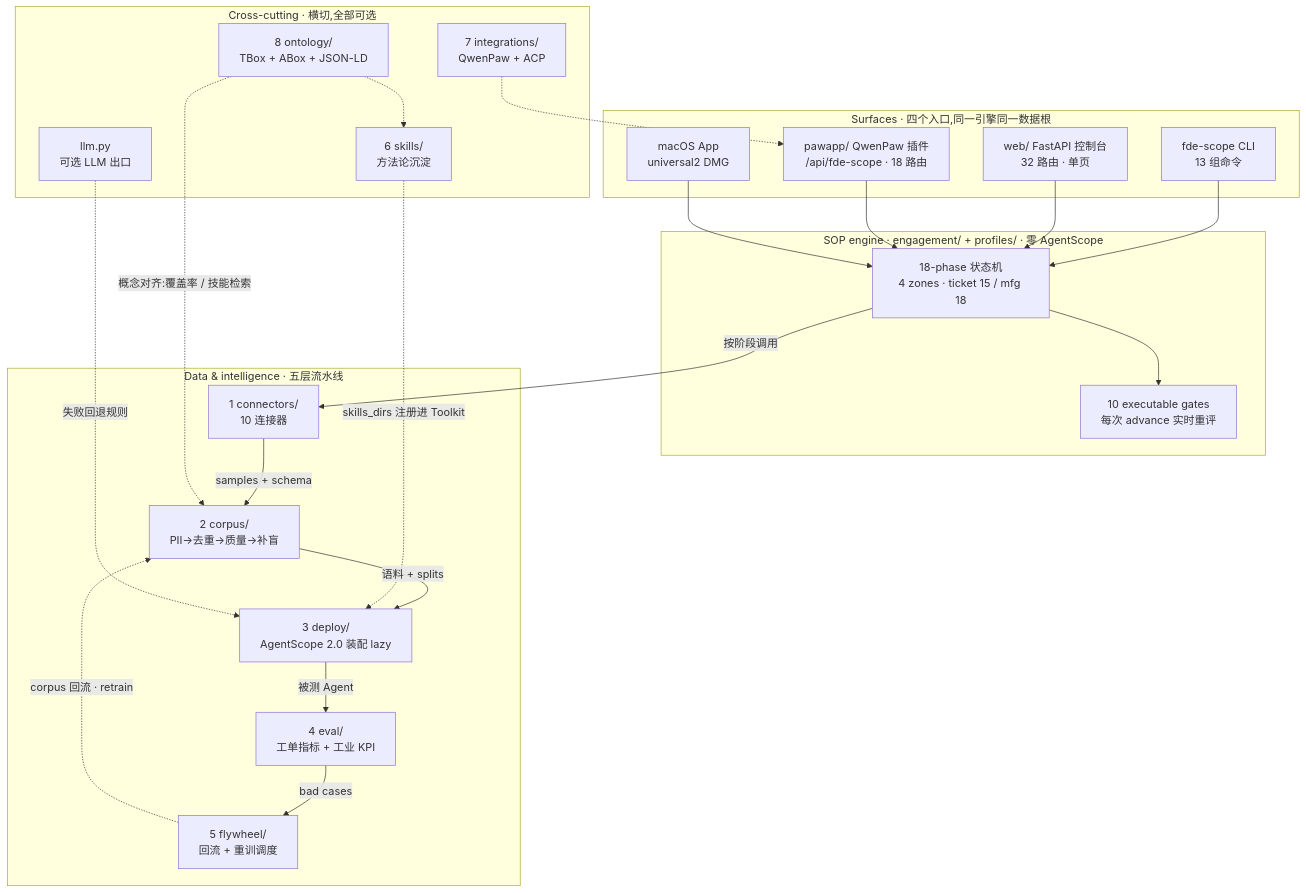
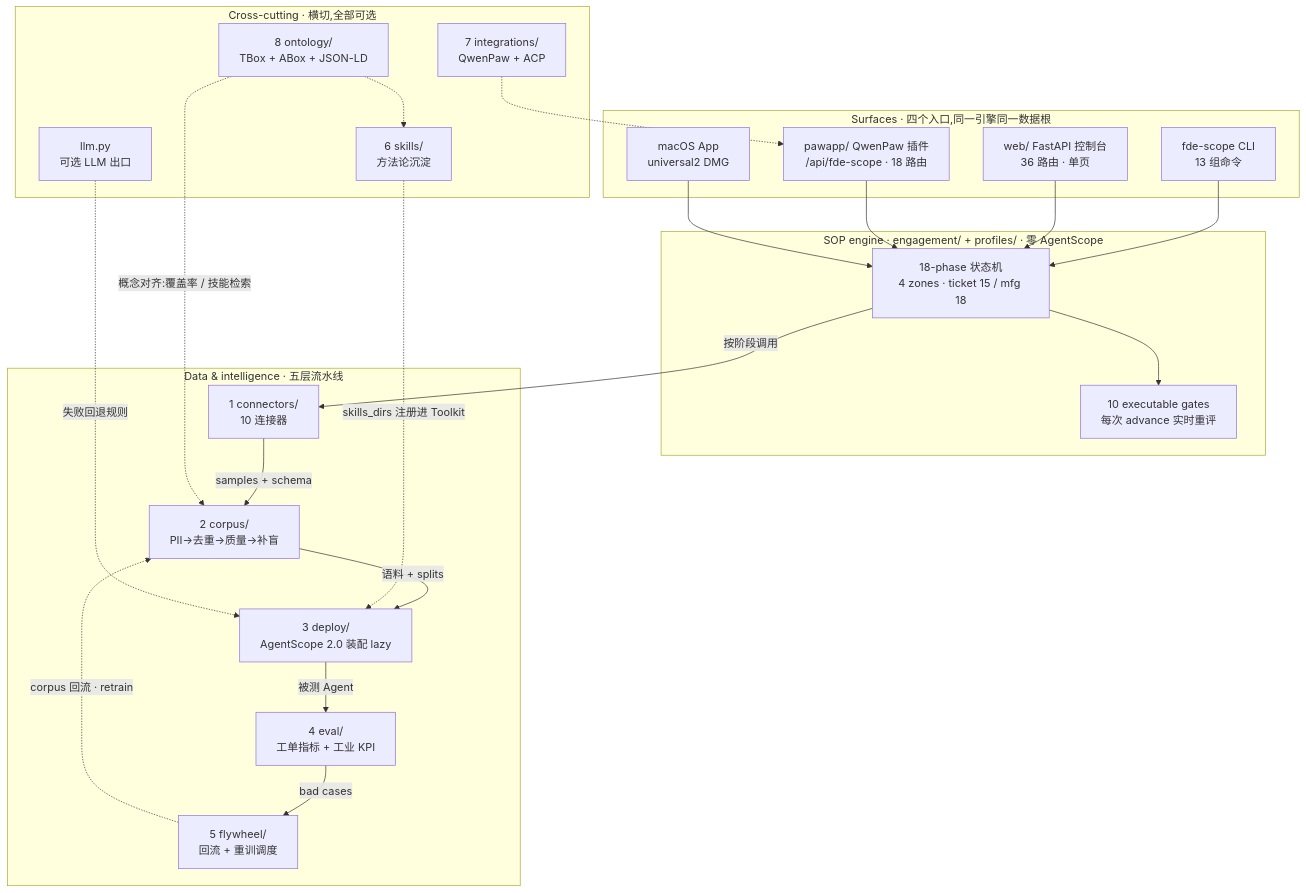
Before and after one commit to ai-guru-global/fde-scope: the second of 3 diagrams in README.md, drawn with Mermaid. The commit also changed other lines of this file and 42 other files, not shown here.

````diff
--- a/README.md
+++ b/README.md
@@ -252,46 +257,46 @@
 ```mermaid
 flowchart TB
     subgraph surfaces["Surfaces · 四个入口,同一引擎同一数据根"]
         CLI["fde-scope CLI<br/>13 组命令"]
-        WEB["web/ FastAPI 控制台<br/>32 路由 · 单页"]
+        WEB["web/ FastAPI 控制台<br/>36 路由 · 单页"]
         PAW["pawapp/ QwenPaw 插件<br/>/api/fde-scope · 18 路由"]
         MAC["macOS App<br/>universal2 DMG"]
     end
 
     subgraph engine["SOP engine · engagement/ + profiles/ · 零 AgentScope"]
         PH["18-phase 状态机<br/>4 zones · ticket 15 / mfg 18"]
         GT["10 executable gates<br/>每次 advance 实时重评"]
     end
 
     subgraph layers["Data & intelligence · 五层流水线"]
         L1["1 connectors/<br/>10 连接器"]
         L2["2 corpus/<br/>PII→去重→质量→补盲"]
         L3["3 deploy/<br/>AgentScope 2.0 装配 lazy"]
         L4["4 eval/<br/>工单指标 + 工业 KPI"]
         L5["5 flywheel/<br/>回流 + 重训调度"]
         L1 -->|"samples + schema"| L2
         L2 -->|"语料 + splits"| L3
         L3 -->|"被测 Agent"| L4
         L4 -->|"bad cases"| L5
         L5 -.->|"corpus 回流 · retrain"| L2
     end
 
     subgraph cross["Cross-cutting · 横切,全部可选"]
         SK["6 skills/<br/>方法论沉淀"]
         INT["7 integrations/<br/>QwenPaw + ACP"]
         ONT["8 ontology/<br/>TBox + ABox + JSON-LD"]
         LLM["llm.py<br/>可选 LLM 出口"]
     end
 
     CLI --> PH
     WEB --> PH
     PAW --> PH
     MAC --> PH
     PH --> GT
     PH -->|"按阶段调用"| L1
     ONT -.->|"概念对齐:覆盖率 / 技能检索"| L2
     ONT -.-> SK
     SK -.->|"skills_dirs 注册进 Toolkit"| L3
     LLM -.->|"失败回退规则"| L3
     INT -.-> PAW
 ```
````
